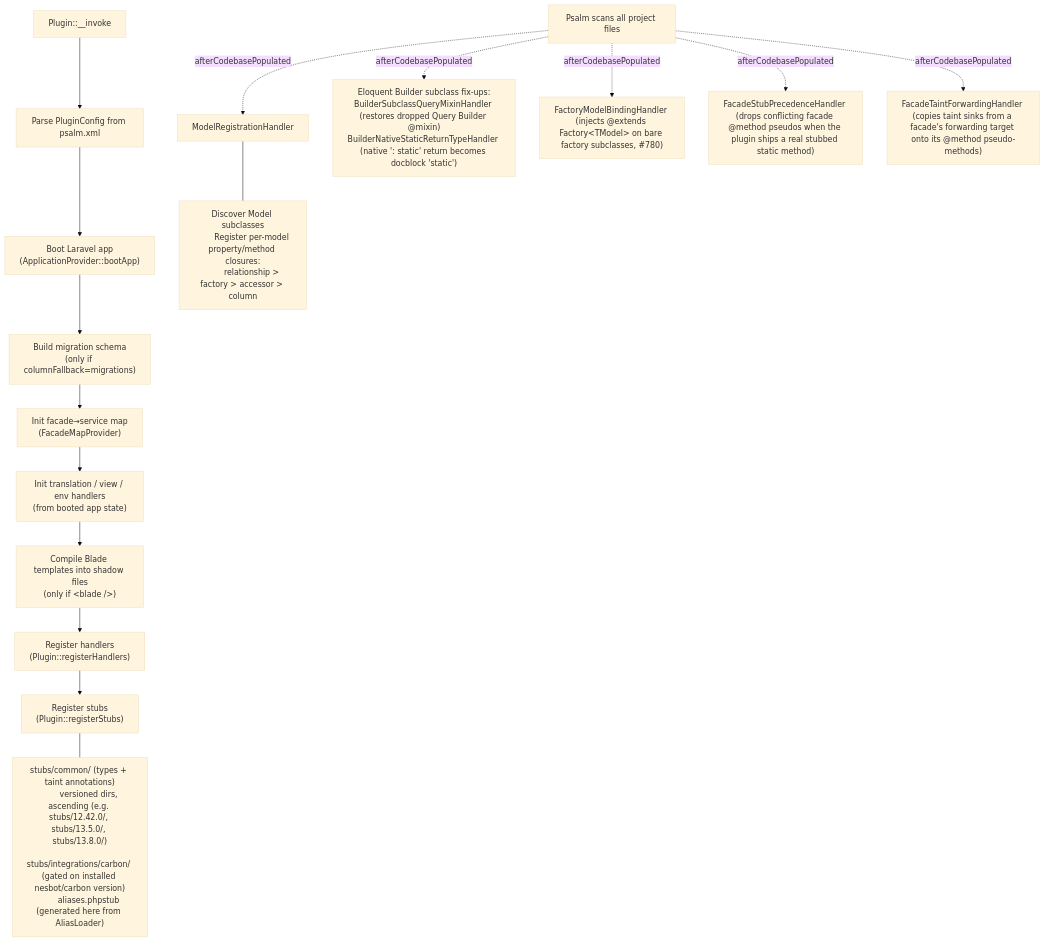
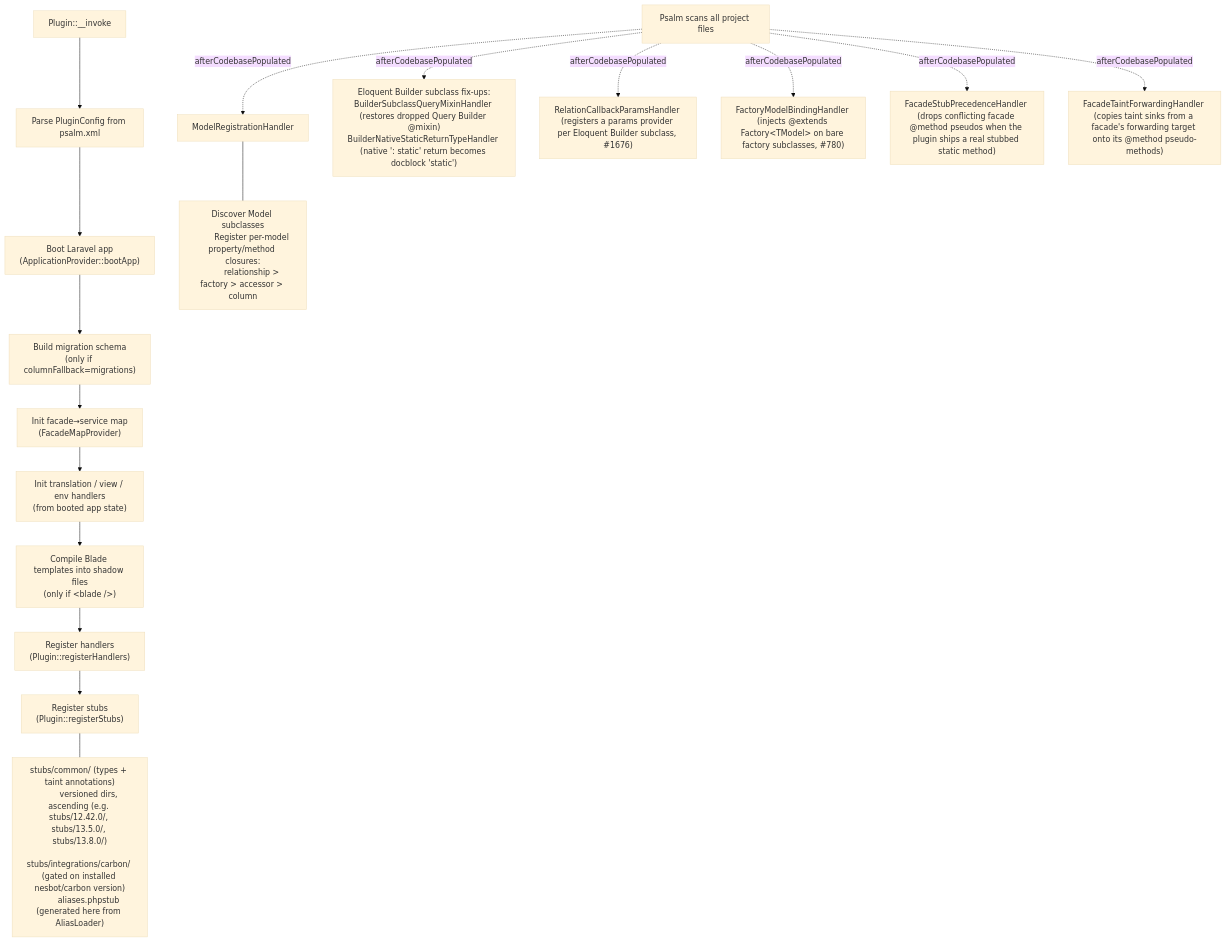
One commit to psalm/psalm-plugin-laravel changed the first of 2 diagrams in docs/contributing/README.md. Above: the diagram before and after it, drawn with Mermaid (base theme). The commit also changed other lines of this file and 16 other files, not shown here.

````diff
--- a/docs/contributing/README.md
+++ b/docs/contributing/README.md
@@ -19,29 +19,30 @@
 ```mermaid
 flowchart TD
     A["Plugin::__invoke"] --> B["Parse PluginConfig from psalm.xml"]
     B --> C["Boot Laravel app\n(ApplicationProvider::bootApp)"]
     C --> D["Build migration schema\n(only if columnFallback=migrations)"]
     D --> E["Init facade→service map\n(FacadeMapProvider)"]
     E --> F["Init translation / view / env handlers\n(from booted app state)"]
     F --> BL["Compile Blade templates into shadow files\n(only if &lt;blade /&gt;)"]
     BL --> G["Register handlers\n(Plugin::registerHandlers)"]
     G --> H["Register stubs\n(Plugin::registerStubs)"]
 
     H --- stubs["
         stubs/common/ (types + taint annotations)
         versioned dirs, ascending (e.g. stubs/12.42.0/, stubs/13.5.0/, stubs/13.8.0/)
         stubs/integrations/carbon/ (gated on installed nesbot/carbon version)
         aliases.phpstub (generated here from AliasLoader)
     "]
 
     I["Psalm scans all project files"] -.->|afterCodebasePopulated| J["ModelRegistrationHandler"]
     I -.->|afterCodebasePopulated| K["Eloquent Builder subclass fix-ups:\nBuilderSubclassQueryMixinHandler (restores dropped Query Builder @mixin)\nBuilderNativeStaticReturnTypeHandler (native ': static' return becomes docblock 'static')"]
+    I -.->|afterCodebasePopulated| RCP["RelationCallbackParamsHandler (registers a params provider per Eloquent Builder subclass, #1676)"]
     I -.->|afterCodebasePopulated| FMB["FactoryModelBindingHandler (injects @extends Factory&lt;TModel&gt; on bare factory subclasses, #780)"]
     I -.->|afterCodebasePopulated| FSP["FacadeStubPrecedenceHandler (drops conflicting facade @method pseudos when the plugin ships a real stubbed static method)"]
     I -.->|afterCodebasePopulated| FTF["FacadeTaintForwardingHandler (copies taint sinks from a facade's forwarding target onto its @method pseudo-methods)"]
     J --- models["
         Discover Model subclasses
         Register per-model property/method closures:
         relationship > factory > accessor > column
     "]
 ```
````
